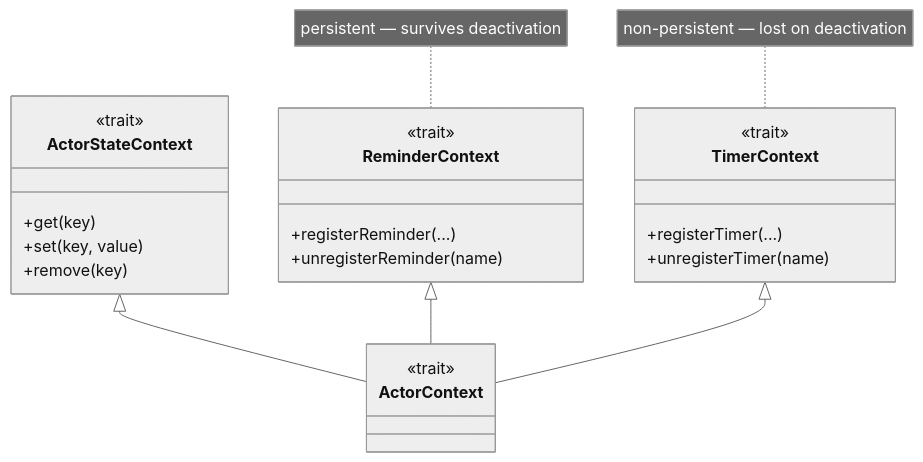
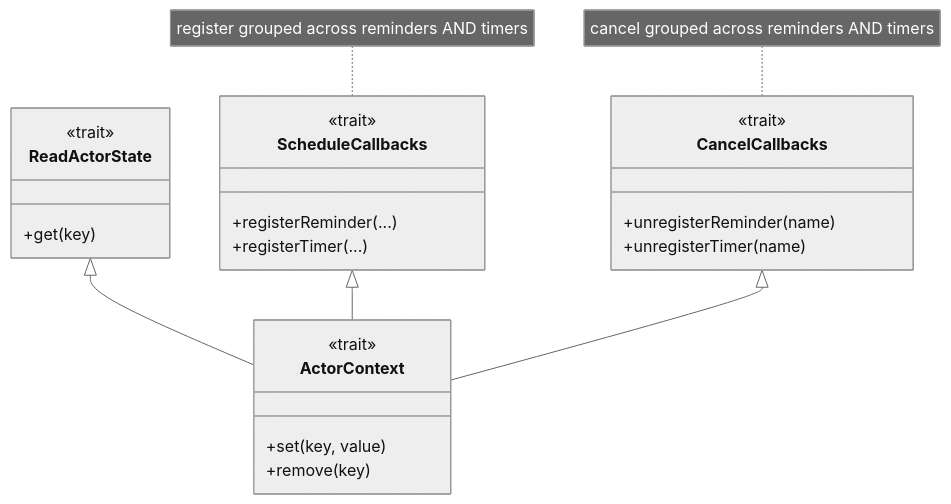
Before and after one commit to sideeffffect/dapr4s: diagram 12 of 36 in docs/CAPABILITY-SPLITS.md, drawn with Mermaid (neutral theme). The commit also changed other lines of this file, not shown here.

````diff
--- a/docs/CAPABILITY-SPLITS.md
+++ b/docs/CAPABILITY-SPLITS.md
@@ -290,27 +290,27 @@
 ```mermaid
 classDiagram
-    class ActorStateContext {
+    class ReadActorState {
         <<trait>>
         +get(key)
-        +set(key, value)
-        +remove(key)
     }
-    class ReminderContext {
+    class ScheduleCallbacks {
         <<trait>>
         +registerReminder(...)
+        +registerTimer(...)
+    }
+    class CancelCallbacks {
+        <<trait>>
         +unregisterReminder(name)
-    }
-    class TimerContext {
-        <<trait>>
-        +registerTimer(...)
         +unregisterTimer(name)
     }
     class ActorContext {
         <<trait>>
+        +set(key, value)
+        +remove(key)
     }
-    ActorStateContext <|-- ActorContext
-    ReminderContext <|-- ActorContext
-    TimerContext <|-- ActorContext
-    note for ReminderContext "persistent — survives deactivation"
-    note for TimerContext "non-persistent — lost on deactivation"
+    ReadActorState <|-- ActorContext
+    ScheduleCallbacks <|-- ActorContext
+    CancelCallbacks <|-- ActorContext
+    note for ScheduleCallbacks "register grouped across reminders AND timers"
+    note for CancelCallbacks "cancel grouped across reminders AND timers"
 ```
````
